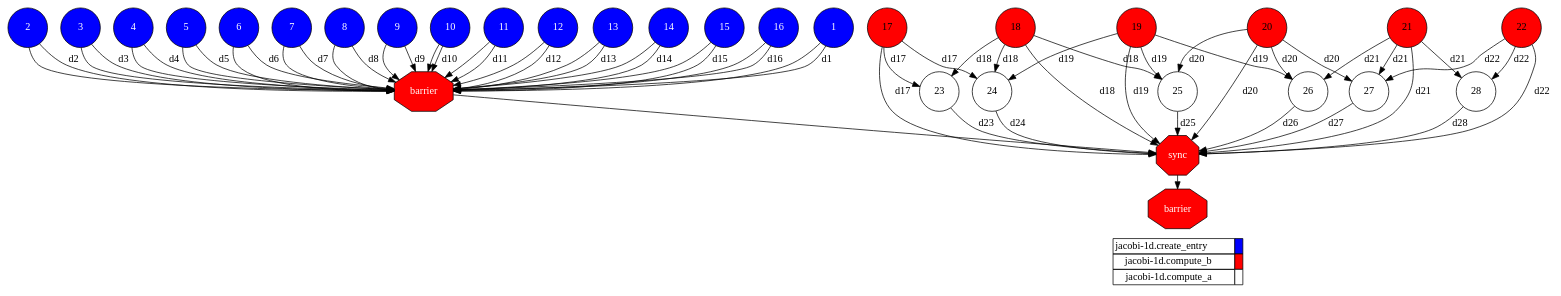
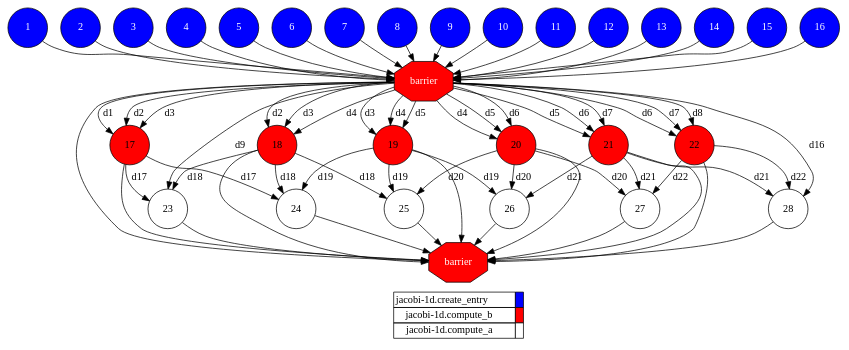
Before and after one commit to cristianrcv/pycompss-autoparallel: the diagram in examples/jacobi-1d/userparallel/results/local/complete_graph.dot, drawn with Graphviz. The commit also changed 87 other files, not shown here.

Commit message:
Update autogenerated files, graphs and traces in production mode

```diff
--- a/examples/jacobi-1d/userparallel/results/local/complete_graph.dot
+++ b/examples/jacobi-1d/userparallel/results/local/complete_graph.dot
@@ -1,123 +1,125 @@
 digraph {
   rankdir=TB;
   labeljust="l";
   subgraph dependence_graph {
     ranksep=0.20;
     node[height=0.75];
 
 1[shape=circle, style=filled fillcolor="#0000ff" fontcolor="#ffffff"];
 2[shape=circle, style=filled fillcolor="#0000ff" fontcolor="#ffffff"];
 3[shape=circle, style=filled fillcolor="#0000ff" fontcolor="#ffffff"];
 4[shape=circle, style=filled fillcolor="#0000ff" fontcolor="#ffffff"];
 5[shape=circle, style=filled fillcolor="#0000ff" fontcolor="#ffffff"];
 6[shape=circle, style=filled fillcolor="#0000ff" fontcolor="#ffffff"];
 7[shape=circle, style=filled fillcolor="#0000ff" fontcolor="#ffffff"];
 8[shape=circle, style=filled fillcolor="#0000ff" fontcolor="#ffffff"];
 9[shape=circle, style=filled fillcolor="#0000ff" fontcolor="#ffffff"];
 10[shape=circle, style=filled fillcolor="#0000ff" fontcolor="#ffffff"];
 11[shape=circle, style=filled fillcolor="#0000ff" fontcolor="#ffffff"];
 12[shape=circle, style=filled fillcolor="#0000ff" fontcolor="#ffffff"];
 13[shape=circle, style=filled fillcolor="#0000ff" fontcolor="#ffffff"];
 14[shape=circle, style=filled fillcolor="#0000ff" fontcolor="#ffffff"];
 15[shape=circle, style=filled fillcolor="#0000ff" fontcolor="#ffffff"];
 16[shape=circle, style=filled fillcolor="#0000ff" fontcolor="#ffffff"];
 Synchro1[label="barrier", shape=octagon, style=filled fillcolor="#ff0000" fontcolor="#FFFFFF"];
+9 -> Synchro1;
+4 -> Synchro1;
+6 -> Synchro1;
+8 -> Synchro1;
+7 -> Synchro1;
+11 -> Synchro1;
+1 -> Synchro1;
+2 -> Synchro1;
+3 -> Synchro1;
+16 -> Synchro1;
+12 -> Synchro1;
+14 -> Synchro1;
 10 -> Synchro1;
+15 -> Synchro1;
 5 -> Synchro1;
-8 -> Synchro1;
-1 -> Synchro1;
-14 -> Synchro1;
-16 -> Synchro1;
-7 -> Synchro1;
-9 -> Synchro1;
-11 -> Synchro1;
-2 -> Synchro1;
-15 -> Synchro1;
-12 -> Synchro1;
-4 -> Synchro1;
 13 -> Synchro1;
-6 -> Synchro1;
-3 -> Synchro1;
-1 -> Synchro1[ label="d1" ];
-2 -> Synchro1[ label="d2" ];
-3 -> Synchro1[ label="d3" ];
-4 -> Synchro1[ label="d4" ];
-5 -> Synchro1[ label="d5" ];
-6 -> Synchro1[ label="d6" ];
-7 -> Synchro1[ label="d7" ];
-8 -> Synchro1[ label="d8" ];
-9 -> Synchro1[ label="d9" ];
-10 -> Synchro1[ label="d10" ];
-11 -> Synchro1[ label="d11" ];
-12 -> Synchro1[ label="d12" ];
-13 -> Synchro1[ label="d13" ];
-14 -> Synchro1[ label="d14" ];
-15 -> Synchro1[ label="d15" ];
-16 -> Synchro1[ label="d16" ];
 17[shape=circle, style=filled fillcolor="#ff0000" fontcolor="#000000"];
+Synchro1 -> 17[ label="d1" ];
+Synchro1 -> 17[ label="d2" ];
+Synchro1 -> 17[ label="d3" ];
 18[shape=circle, style=filled fillcolor="#ff0000" fontcolor="#000000"];
+Synchro1 -> 18[ label="d2" ];
+Synchro1 -> 18[ label="d3" ];
+Synchro1 -> 18[ label="d4" ];
 19[shape=circle, style=filled fillcolor="#ff0000" fontcolor="#000000"];
+Synchro1 -> 19[ label="d3" ];
+Synchro1 -> 19[ label="d4" ];
+Synchro1 -> 19[ label="d5" ];
 20[shape=circle, style=filled fillcolor="#ff0000" fontcolor="#000000"];
+Synchro1 -> 20[ label="d4" ];
+Synchro1 -> 20[ label="d5" ];
+Synchro1 -> 20[ label="d6" ];
 21[shape=circle, style=filled fillcolor="#ff0000" fontcolor="#000000"];
+Synchro1 -> 21[ label="d5" ];
+Synchro1 -> 21[ label="d6" ];
+Synchro1 -> 21[ label="d7" ];
 22[shape=circle, style=filled fillcolor="#ff0000" fontcolor="#000000"];
+Synchro1 -> 22[ label="d6" ];
+Synchro1 -> 22[ label="d7" ];
+Synchro1 -> 22[ label="d8" ];
 23[shape=circle, style=filled fillcolor="#ffffff" fontcolor="#000000"];
+Synchro1 -> 23[ label="d9" ];
 17 -> 23[ label="d17" ];
 18 -> 23[ label="d18" ];
 24[shape=circle, style=filled fillcolor="#ffffff" fontcolor="#000000"];
 17 -> 24[ label="d17" ];
 18 -> 24[ label="d18" ];
 19 -> 24[ label="d19" ];
 25[shape=circle, style=filled fillcolor="#ffffff" fontcolor="#000000"];
 18 -> 25[ label="d18" ];
 19 -> 25[ label="d19" ];
 20 -> 25[ label="d20" ];
 26[shape=circle, style=filled fillcolor="#ffffff" fontcolor="#000000"];
 19 -> 26[ label="d19" ];
 20 -> 26[ label="d20" ];
 21 -> 26[ label="d21" ];
 27[shape=circle, style=filled fillcolor="#ffffff" fontcolor="#000000"];
 20 -> 27[ label="d20" ];
 21 -> 27[ label="d21" ];
 22 -> 27[ label="d22" ];
 28[shape=circle, style=filled fillcolor="#ffffff" fontcolor="#000000"];
 21 -> 28[ label="d21" ];
 22 -> 28[ label="d22" ];
-Synchro2[label="sync", shape=octagon, style=filled fillcolor="#ff0000" fontcolor="#FFFFFF"];
+Synchro1 -> 28[ label="d16" ];
+Synchro2[label="barrier", shape=octagon, style=filled fillcolor="#ff0000" fontcolor="#FFFFFF"];
 Synchro1 -> Synchro2;
-23 -> Synchro2[ label="d23" ];
-24 -> Synchro2[ label="d24" ];
-25 -> Synchro2[ label="d25" ];
-26 -> Synchro2[ label="d26" ];
-27 -> Synchro2[ label="d27" ];
-28 -> Synchro2[ label="d28" ];
-17 -> Synchro2[ label="d17" ];
-18 -> Synchro2[ label="d18" ];
-19 -> Synchro2[ label="d19" ];
-20 -> Synchro2[ label="d20" ];
-21 -> Synchro2[ label="d21" ];
-22 -> Synchro2[ label="d22" ];
-Synchro3[label="barrier", shape=octagon, style=filled fillcolor="#ff0000" fontcolor="#FFFFFF"];
-Synchro2 -> Synchro3;  }
+23 -> Synchro2;
+27 -> Synchro2;
+22 -> Synchro2;
+19 -> Synchro2;
+26 -> Synchro2;
+21 -> Synchro2;
+24 -> Synchro2;
+28 -> Synchro2;
+20 -> Synchro2;
+18 -> Synchro2;
+17 -> Synchro2;
+25 -> Synchro2;  }
   subgraph legend {
     rank=sink;
     node [shape=plaintext, height=0.75];
     ranksep=0.20;
     label = "Legend";
     key [label=<
       <table border="0" cellpadding="2" cellspacing="0" cellborder="1">
 <tr>
 <td align="right">jacobi-1d.create_entry</td>
 <td bgcolor="#0000ff">&nbsp;</td>
 </tr>
 <tr>
 <td align="right">jacobi-1d.compute_b</td>
 <td bgcolor="#ff0000">&nbsp;</td>
 </tr>
 <tr>
 <td align="right">jacobi-1d.compute_a</td>
 <td bgcolor="#ffffff">&nbsp;</td>
 </tr>
       </table>
     >]
   }
 }
```
